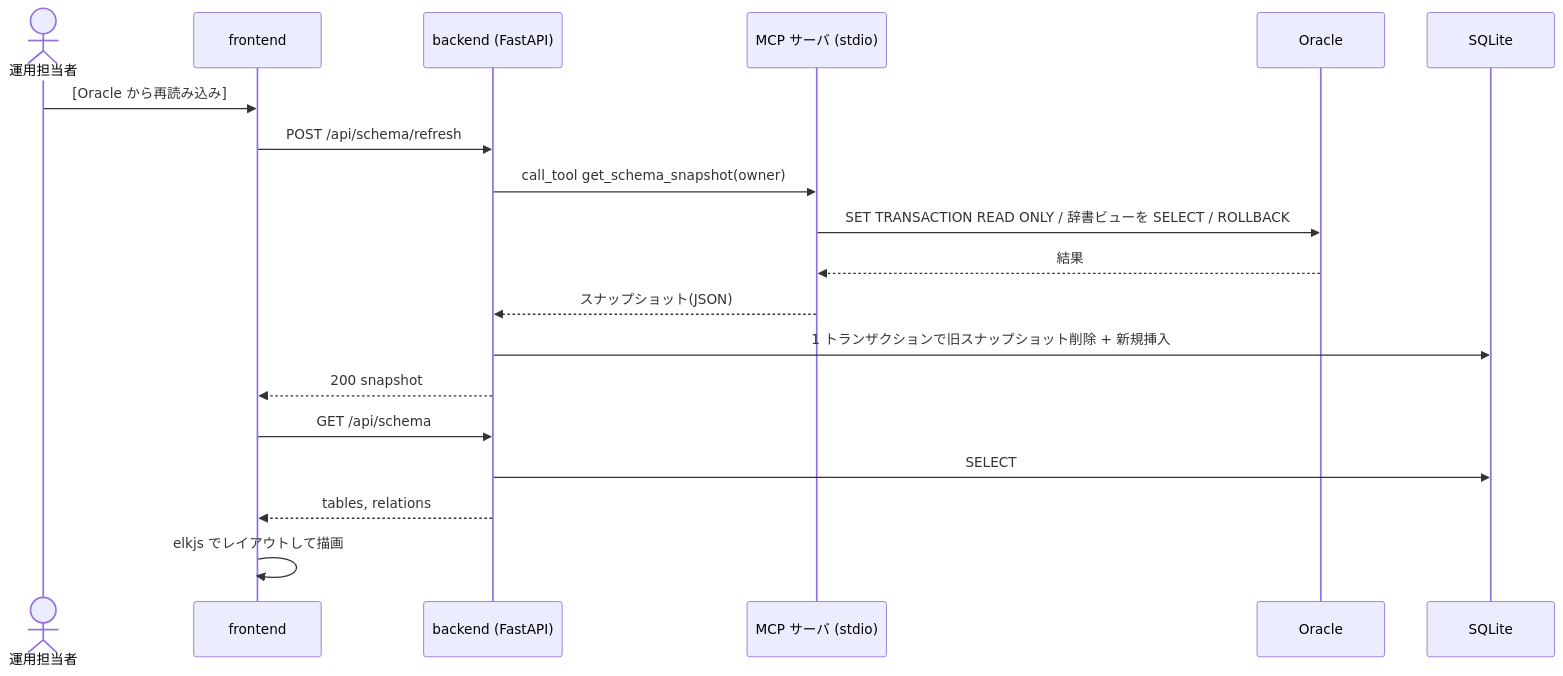
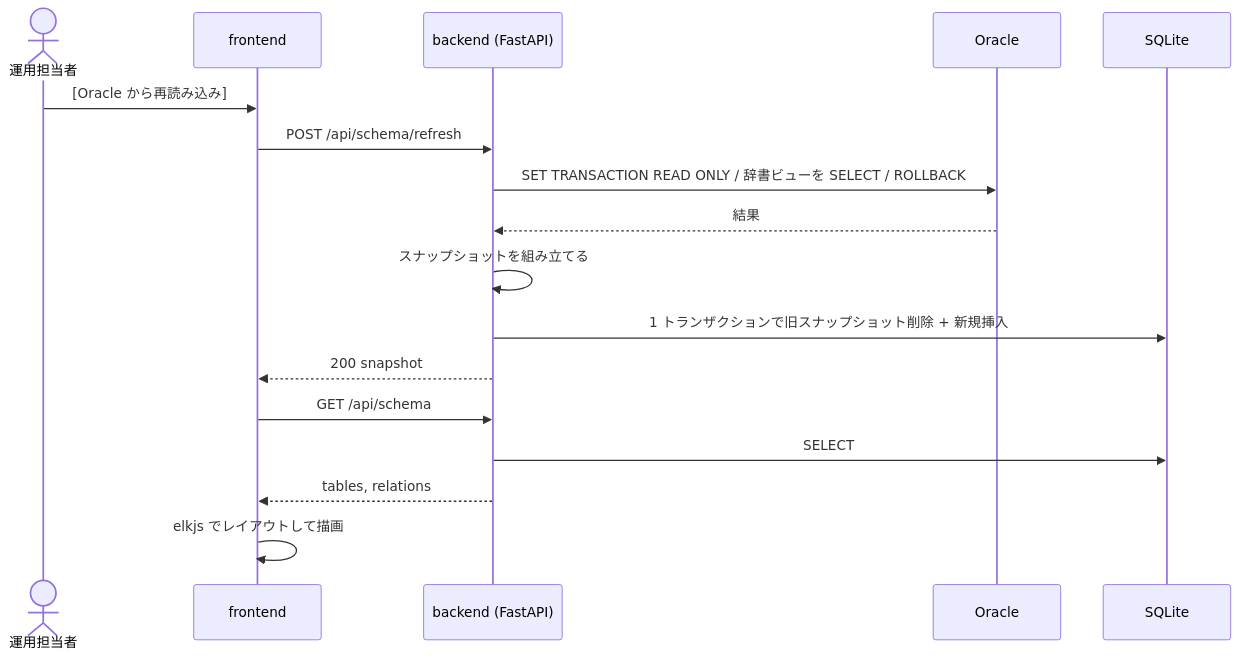
Before and after one commit to kagyuu/DbFAQ: the second of 3 diagrams in docs/P002-frontend-spec.md, drawn with Mermaid. The commit also changed other lines of this file and 147 other files, not shown here.

````diff
--- a/docs/P002-frontend-spec.md
+++ b/docs/P002-frontend-spec.md
@@ -469,21 +470,19 @@
 ```mermaid
 sequenceDiagram
   actor U as 運用担当者
   participant FE as frontend
   participant BE as backend (FastAPI)
-  participant M as MCP サーバ (stdio)
   participant O as Oracle
   participant S as SQLite
   U->>FE: [Oracle から再読み込み]
   FE->>BE: POST /api/schema/refresh
-  BE->>M: call_tool get_schema_snapshot(owner)
-  M->>O: SET TRANSACTION READ ONLY / 辞書ビューを SELECT / ROLLBACK
-  O-->>M: 結果
-  M-->>BE: スナップショット(JSON)
+  BE->>O: SET TRANSACTION READ ONLY / 辞書ビューを SELECT / ROLLBACK
+  O-->>BE: 結果
+  BE->>BE: スナップショットを組み立てる
   BE->>S: 1 トランザクションで旧スナップショット削除 + 新規挿入
   BE-->>FE: 200 snapshot
   FE->>BE: GET /api/schema
   BE->>S: SELECT
   BE-->>FE: tables, relations
   FE->>FE: elkjs でレイアウトして描画
 ```
````
